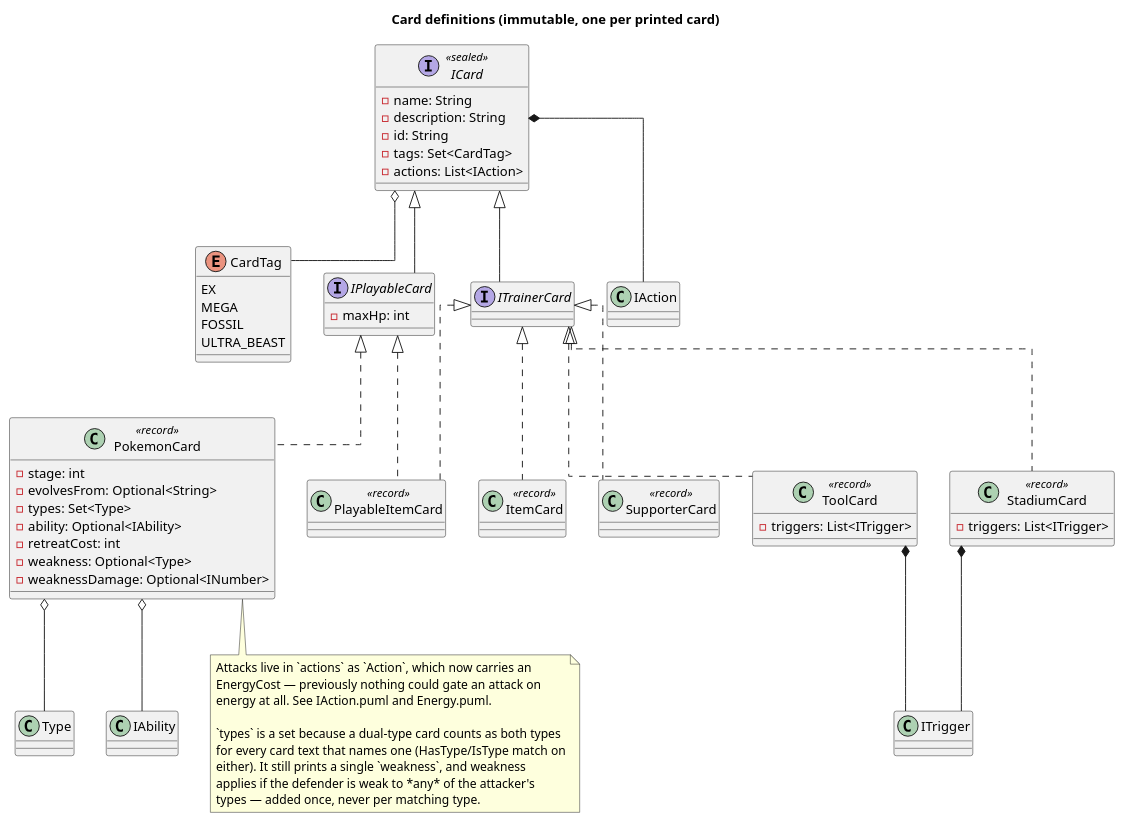
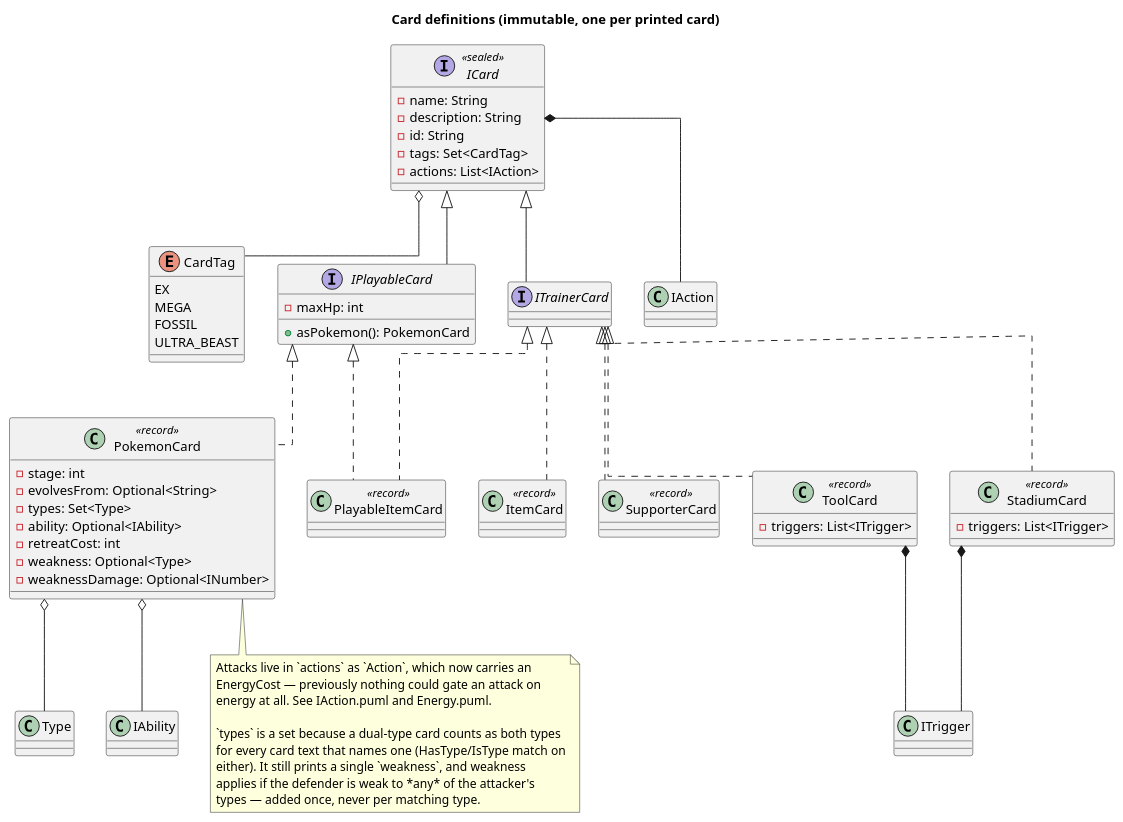
One commit to Richie-Moon/TCGPocketBattler changed the diagram in docs/UML/ICard.puml. Above: the diagram before and after it, drawn with PlantUML. The commit also changed 10 other files, not shown here.

First line of the commit message:
feat(card): Made Fossils playable

```diff
--- a/docs/UML/ICard.puml
+++ b/docs/UML/ICard.puml
@@ -1,82 +1,88 @@
 @startuml
 title Card definitions (immutable, one per printed card)
 
 skinparam linetype ortho
 
 interface ICard <<sealed>> {
     - name: String
     - description: String
     - id: String
     /' Replaces the "will also need tags to track mega, EX, ..." TODO.
        Needed by the rules: knocking out an EX awards 2 points. '/
     - tags: Set<CardTag>
     - actions: List<IAction>
 }
 
 enum CardTag {
     EX
     MEGA
     FOSSIL
     ULTRA_BEAST
 }
 
 interface IPlayableCard extends ICard {
     /' Renamed from `hp`, which was ambiguous against INumber's MaxHP and
        CurrentHP. Current HP is damage taken off maxHp, tracked per instance
        on PokemonInPlay. Status and tool likewise moved to the instance. '/
     - maxHp: int
+    /' What PokemonInPlay reads HP, type, attacks and ability from. A
+       PokemonCard is itself; a Fossil is the Basic it is played as. '/
+    + asPokemon(): PokemonCard
 }
 
 interface ITrainerCard extends ICard {
 }
 
-/' Fossil cards: playable like a Basic Pokemon, but a Trainer card.
-   Their IAction is to discard themselves. '/
+/' Fossil cards: an Item played to the Bench as a Basic Colorless Pokemon of
+   its HP (asPokemon), with no attacks or weakness. Its IAction, discarding
+   itself, is offered as an ActivatedAbility (Narrowed: an Ability blocker
+   would wrongly stop it). RetreatAction refuses anything tagged FOSSIL. It
+   is never an opening Pokemon, and the discard pile gets the Item card back. '/
 class PlayableItemCard <<record>> implements IPlayableCard, ITrainerCard {}
 
 class ItemCard <<record>> implements ITrainerCard {}
 
 class SupporterCard <<record>> implements ITrainerCard {}
 
 class ToolCard <<record>> implements ITrainerCard {
     - triggers: List<ITrigger>
 }
 
 class StadiumCard <<record>> implements ITrainerCard {
     - triggers: List<ITrigger>
 }
 
 class PokemonCard <<record>> implements IPlayableCard {
     - stage: int
     /' Basics have none; a Stage 1/2 may only be played onto this species. '/
     - evolvesFrom: Optional<String>
     /' One or more; most cards print one, a dual-type card two. '/
     - types: Set<Type>
     - ability: Optional<IAbility>
     - retreatCost: int
     - weakness: Optional<Type>
     /' Always +20 in Pocket; kept as an INumber so the model does not hardcode
        one format's constant. '/
     - weaknessDamage: Optional<INumber>
 }
 
 ICard o-- CardTag
 ICard *-- IAction
 PokemonCard o-- Type
 PokemonCard o-- IAbility
 ToolCard *-- ITrigger
 StadiumCard *-- ITrigger
 
 note bottom of PokemonCard
   Attacks live in `actions` as `Action`, which now carries an
   EnergyCost — previously nothing could gate an attack on
   energy at all. See IAction.puml and Energy.puml.
 
   `types` is a set because a dual-type card counts as both types
   for every card text that names one (HasType/IsType match on
   either). It still prints a single `weakness`, and weakness
   applies if the defender is weak to *any* of the attacker's
   types — added once, never per matching type.
 end note
 
 @enduml
```
